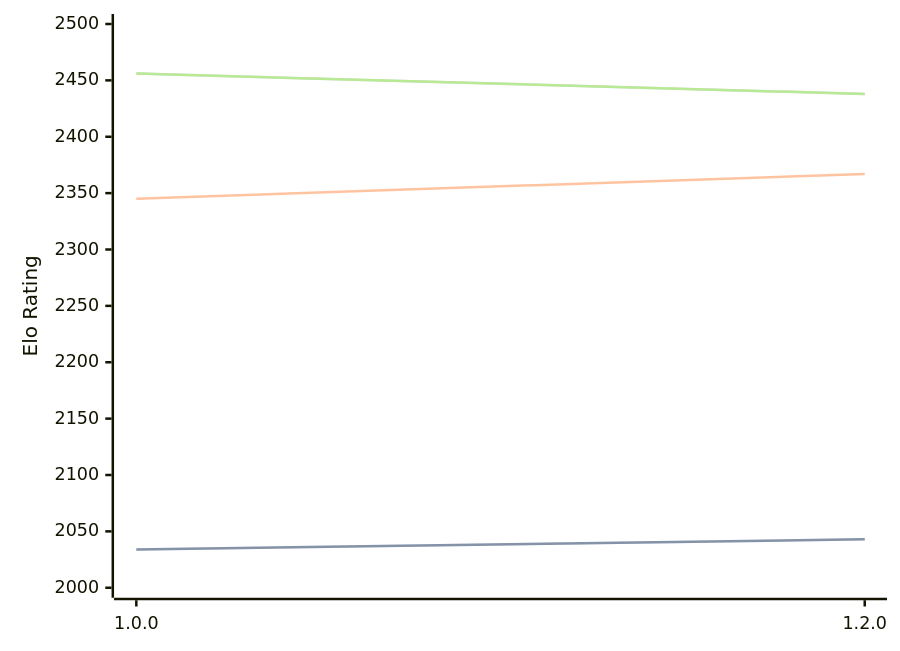
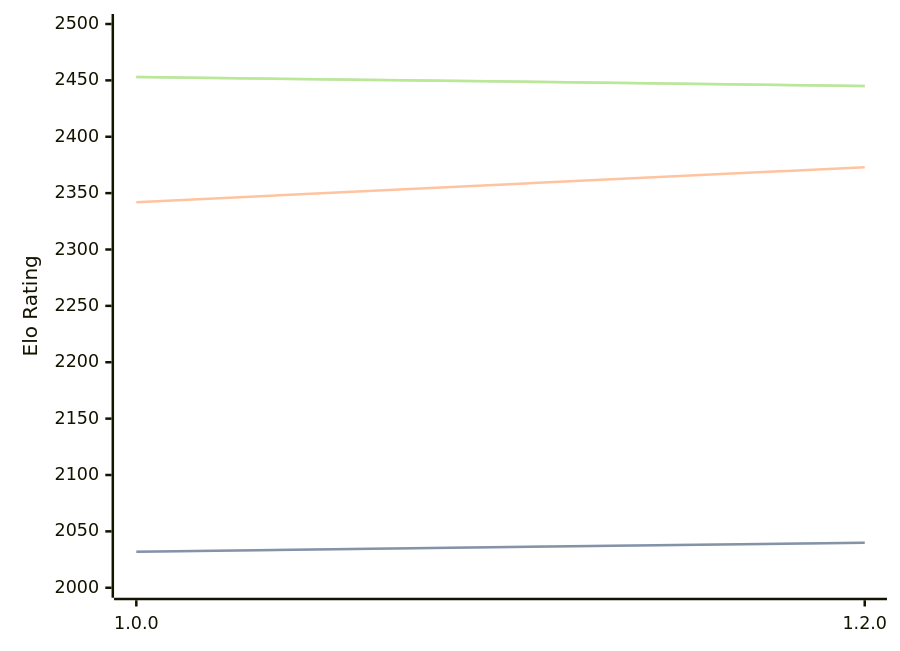
The diagram in engines/Basilisk.md (computer-chess-index/cci), drawn with Mermaid before and after one commit. The commit also changed other lines of this file, not shown here.

Commit message:
Update CCI Ratings (ELO VLTC) - 2026-06-08

````diff
--- a/engines/Basilisk.md
+++ b/engines/Basilisk.md
@@ -47,11 +47,11 @@
 ```mermaid
 %%{init: {"theme":"base","themeVariables":{"seriesColors:['#a3a3a3','#222221','#faa371']}}}%%
 xychart-beta
   x-axis ["1.0.0", "1.2.0"]
   y-axis "Elo Rating" 2000 --> 2500
-  line "STC (8.0+0.08s)" [2034, 2043]
-  line "STC (8.0+0.08s)" [2034, 2043]
-  line "LTC (60.0+0.60s)" [2345, 2367]
-  line "VLTC (2m24s+1.12s)" [2456, 2438]
-  line "VLTC (2m24s+1.12s)" [2456, 2438]
+  line "STC (8.0+0.08s)" [2032, 2040]
+  line "STC (8.0+0.08s)" [2032, 2040]
+  line "LTC (60.0+0.60s)" [2342, 2373]
+  line "VLTC (2m24s+1.12s)" [2453, 2445]
+  line "VLTC (2m24s+1.12s)" [2453, 2445]
 ```
````
